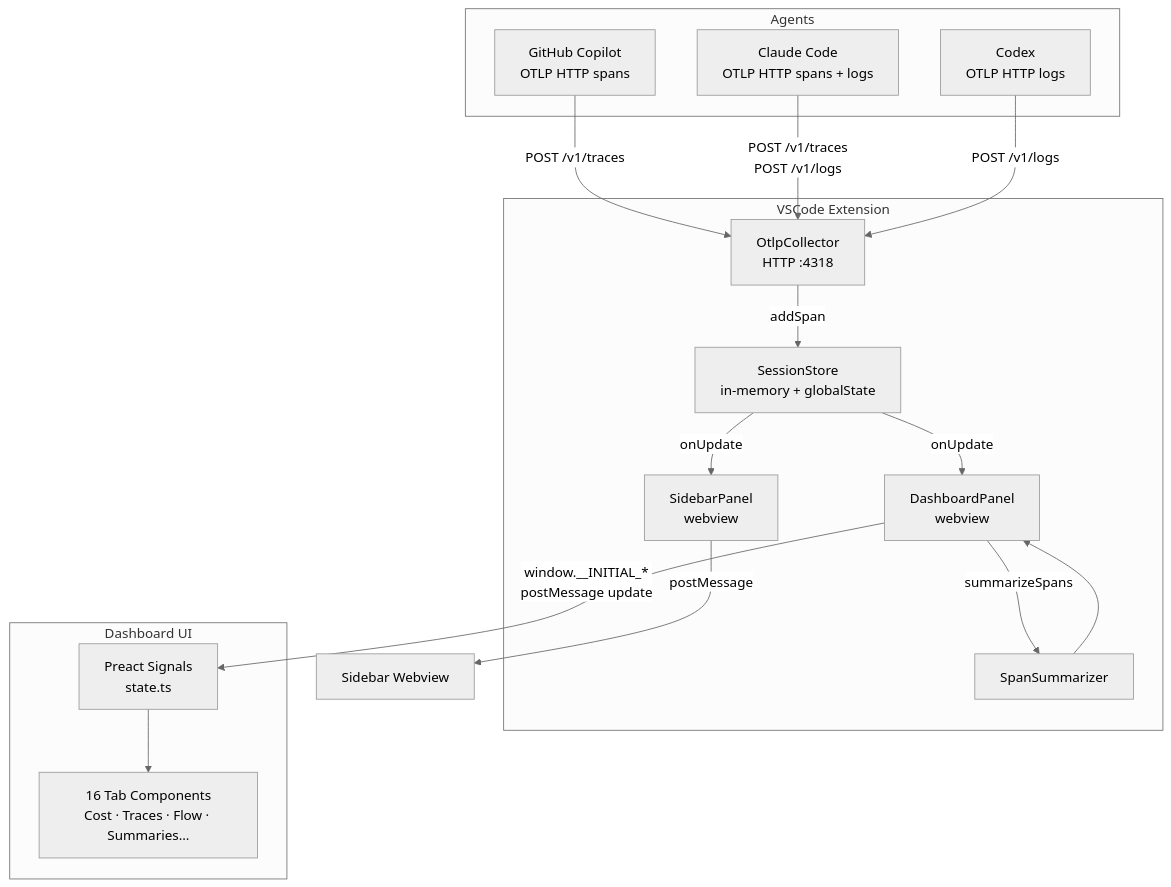
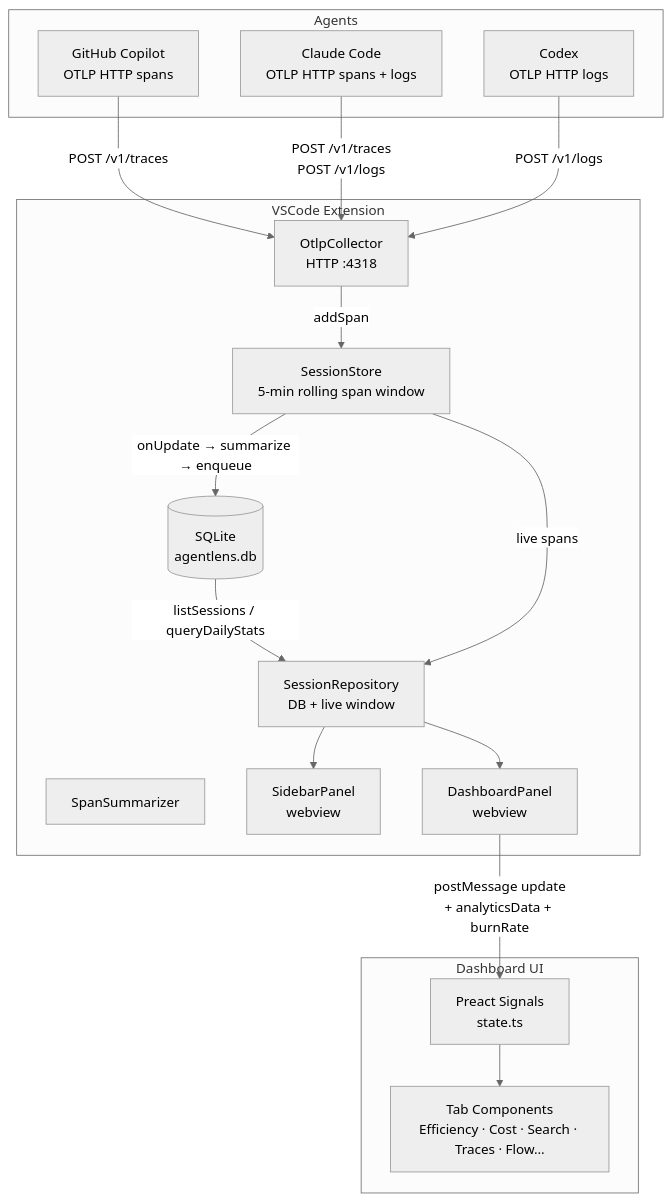
Before and after one commit to RogerReed/agentlens: the first of 18 diagrams in ARCHITECTURE.md, drawn with Mermaid (neutral theme). The commit also changed other lines of this file, not shown here.

Commit message:
docs: rewrite ARCHITECTURE.md for phases 1–4 (SQLite storage, analytics, tab changes)

````diff
--- a/ARCHITECTURE.md
+++ b/ARCHITECTURE.md
@@ -25,35 +26,37 @@
 ```mermaid
 graph TB
     subgraph Agents
         CP[GitHub Copilot<br/>OTLP HTTP spans]
         CC[Claude Code<br/>OTLP HTTP spans + logs]
         CX[Codex<br/>OTLP HTTP logs]
     end
 
     subgraph VSCode Extension
         COL[OtlpCollector<br/>HTTP :4318]
-        STO[SessionStore<br/>in-memory + globalState]
+        STO[SessionStore<br/>5-min rolling span window]
         SUM[SpanSummarizer]
+        DB[(SQLite<br/>agentlens.db)]
+        REPO[SessionRepository<br/>DB + live window]
         SID[SidebarPanel<br/>webview]
         DASH[DashboardPanel<br/>webview]
     end
 
     subgraph Dashboard UI
         STATE[Preact Signals<br/>state.ts]
-        TABS[16 Tab Components<br/>Cost · Traces · Flow · Summaries…]
+        TABS[Tab Components<br/>Efficiency · Cost · Search · Traces · Flow…]
     end
 
     CP -- "POST /v1/traces" --> COL
     CC -- "POST /v1/traces<br/>POST /v1/logs" --> COL
     CX -- "POST /v1/logs" --> COL
 
     COL -- addSpan --> STO
-    STO -- onUpdate --> SID
-    STO -- onUpdate --> DASH
+    STO -- onUpdate → summarize → enqueue --> DB
+    DB -- listSessions / queryDailyStats --> REPO
+    STO -- live spans --> REPO
+    REPO --> SID
+    REPO --> DASH
 
-    SID -- postMessage --> SID_WV[Sidebar Webview]
-    DASH -- summarizeSpans --> SUM
-    SUM --> DASH
-    DASH -- "window.__INITIAL_*<br/>postMessage update" --> STATE
+    DASH -- "postMessage update<br/>+ analyticsData + burnRate" --> STATE
     STATE --> TABS
 ```
````
